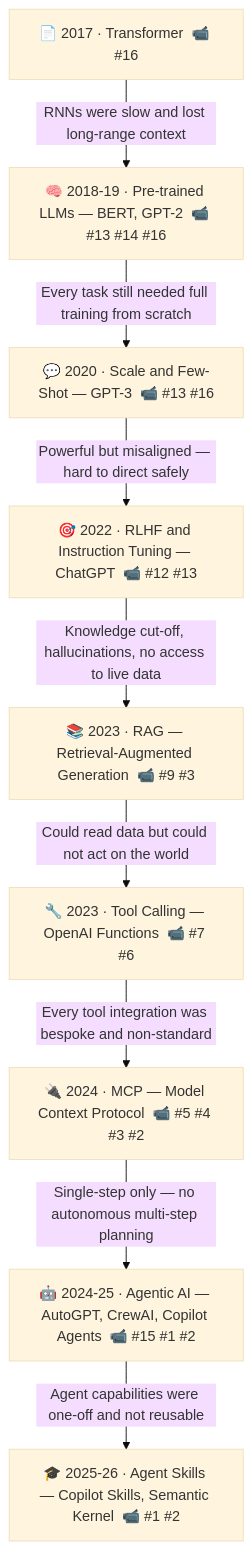
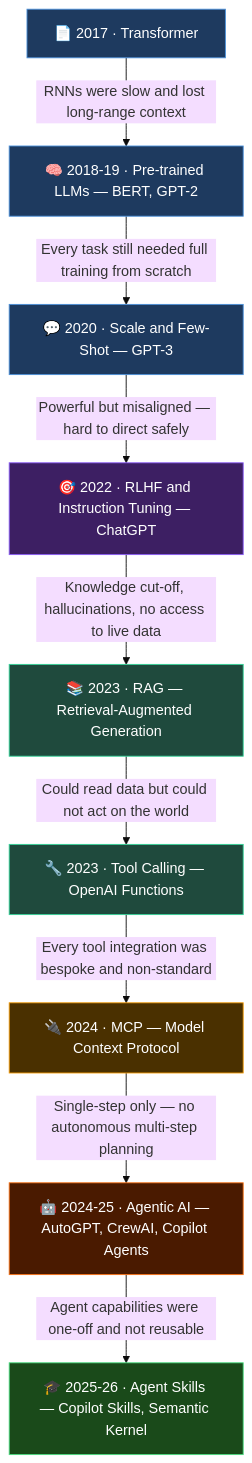
Before and after one commit to arklnd/arklnd.github.io: the diagram in src/content/posts/latest-ai-terms-you-need-to-know-in-2026.md, drawn with Mermaid (base theme). The commit also changed other lines of this file, not shown here.

````diff
--- a/src/content/posts/latest-ai-terms-you-need-to-know-in-2026.md
+++ b/src/content/posts/latest-ai-terms-you-need-to-know-in-2026.md
@@ -54,21 +54,35 @@
 ```mermaid
 flowchart TD
-    A["📄 2017 · Transformer  📹 #16"]
-    B["🧠 2018-19 · Pre-trained LLMs — BERT, GPT-2  📹 #13 #14 #16"]
-    C["💬 2020 · Scale and Few-Shot — GPT-3  📹 #13 #16"]
-    D["🎯 2022 · RLHF and Instruction Tuning — ChatGPT  📹 #12 #13"]
-    E["📚 2023 · RAG — Retrieval-Augmented Generation  📹 #9 #3"]
-    F["🔧 2023 · Tool Calling — OpenAI Functions  📹 #7 #6"]
-    G["🔌 2024 · MCP — Model Context Protocol  📹 #5 #4 #3 #2"]
-    H["🤖 2024-25 · Agentic AI — AutoGPT, CrewAI, Copilot Agents  📹 #15 #1 #2"]
-    I["🎓 2025-26 · Agent Skills — Copilot Skills, Semantic Kernel  📹 #1 #2"]
+    A["📄 2017 · Transformer"]
+    B["🧠 2018-19 · Pre-trained LLMs — BERT, GPT-2"]
+    C["💬 2020 · Scale and Few-Shot — GPT-3"]
+    D["🎯 2022 · RLHF and Instruction Tuning — ChatGPT"]
+    E["📚 2023 · RAG — Retrieval-Augmented Generation"]
+    F["🔧 2023 · Tool Calling — OpenAI Functions"]
+    G["🔌 2024 · MCP — Model Context Protocol"]
+    H["🤖 2024-25 · Agentic AI — AutoGPT, CrewAI, Copilot Agents"]
+    I["🎓 2025-26 · Agent Skills — Copilot Skills, Semantic Kernel"]
 
     A -->|"RNNs were slow and lost long-range context"| B
     B -->|"Every task still needed full training from scratch"| C
     C -->|"Powerful but misaligned — hard to direct safely"| D
     D -->|"Knowledge cut-off, hallucinations, no access to live data"| E
     E -->|"Could read data but could not act on the world"| F
     F -->|"Every tool integration was bespoke and non-standard"| G
     G -->|"Single-step only — no autonomous multi-step planning"| H
     H -->|"Agent capabilities were one-off and not reusable"| I
+
+    classDef foundation fill:#1e3a5f,stroke:#4a90d9,color:#fff
+    classDef alignment fill:#3d1f63,stroke:#8b5cf6,color:#fff
+    classDef dataAccess fill:#1f4a3d,stroke:#34d399,color:#fff
+    classDef protocol fill:#4a3000,stroke:#f59e0b,color:#fff
+    classDef agentEra fill:#4a1a00,stroke:#f97316,color:#fff
+    classDef current fill:#1a4a1a,stroke:#4ade80,color:#fff
+
+    class A,B,C foundation
+    class D alignment
+    class E,F dataAccess
+    class G protocol
+    class H agentEra
+    class I current
 ```
````
